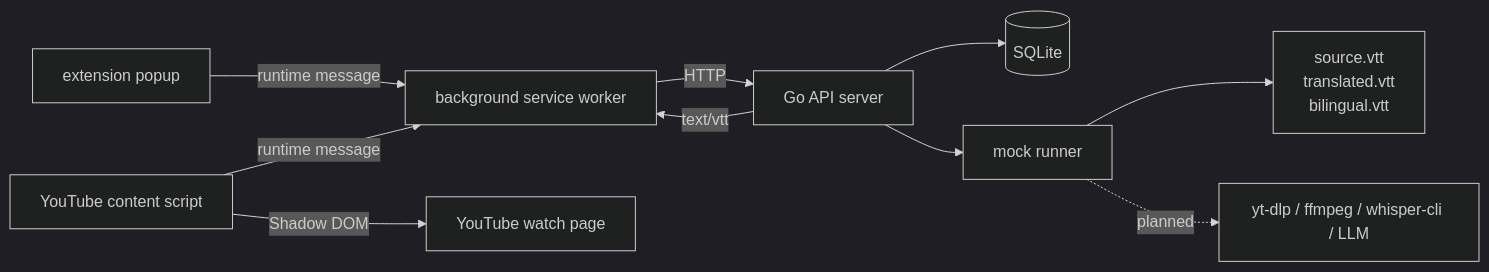
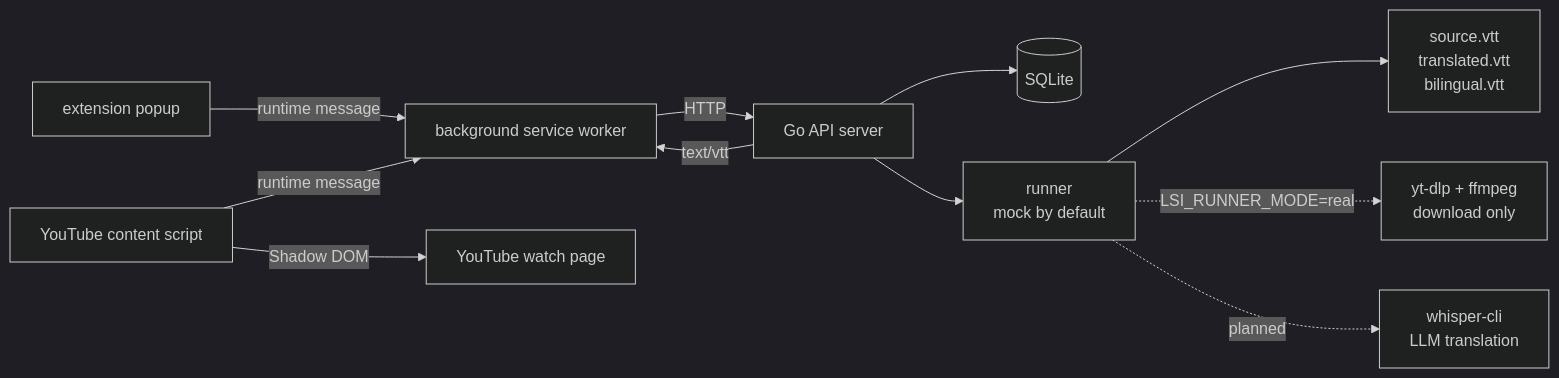
One commit to Insulinocytus/lets-sub-it changed the diagram in README.md. Above: the diagram before and after it, drawn with Mermaid (dark theme). The commit also changed other lines of this file and 1 other file, not shown here.

````diff
--- a/README.md
+++ b/README.md
@@ -119,13 +135,14 @@
 ```mermaid
 flowchart LR
   Popup["extension popup"] -->|"runtime message"| Background["background service worker"]
   Content["YouTube content script"] -->|"runtime message"| Background
   Background -->|"HTTP"| API["Go API server"]
   API --> Store[("SQLite")]
-  API --> Runner["mock runner"]
+  API --> Runner["runner<br/>mock by default"]
   Runner --> Files["source.vtt<br/>translated.vtt<br/>bilingual.vtt"]
   API -->|"text/vtt"| Background
   Content -->|"Shadow DOM"| YouTube["YouTube watch page"]
 
-  Runner -. "planned" .-> Tools["yt-dlp / ffmpeg / whisper-cli / LLM"]
+  Runner -. "LSI_RUNNER_MODE=real" .-> Ytdlp["yt-dlp + ffmpeg<br/>download only"]
+  Runner -. "planned" .-> Pipeline["whisper-cli<br/>LLM translation"]
 ```
````
